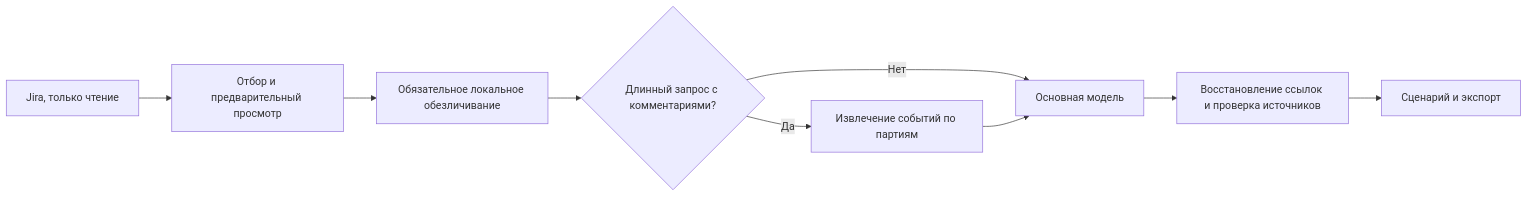
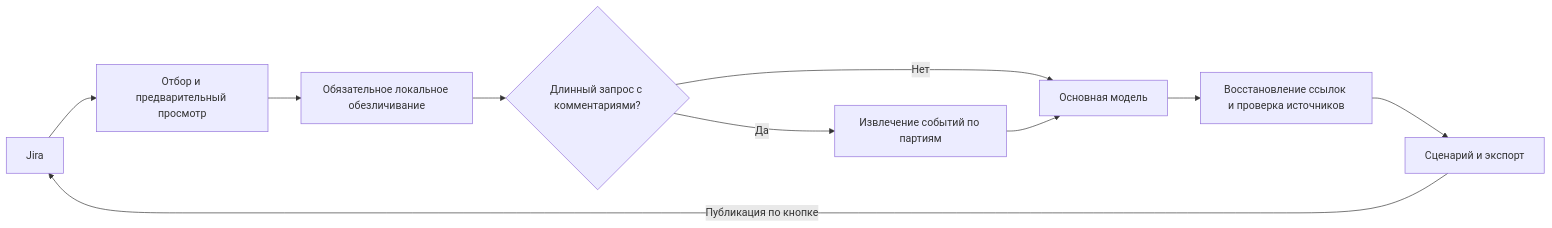
One commit to SSolovev/ai-curator changed the diagram in docs/ARCHITECTURE.md. Above: the diagram before and after it, drawn with Mermaid. The commit also changed other lines of this file and 32 other files, not shown here.

````diff
--- a/docs/ARCHITECTURE.md
+++ b/docs/ARCHITECTURE.md
@@ -12,11 +12,12 @@
 ```mermaid
 flowchart LR
-  Jira["Jira, только чтение"] --> Context["Отбор и предварительный просмотр"]
+  Jira["Jira"] --> Context["Отбор и предварительный просмотр"]
   Context --> Privacy["Обязательное локальное обезличивание"]
   Privacy --> Size{"Длинный запрос с комментариями?"}
   Size -->|Да| Batches["Извлечение событий по партиям"]
   Size -->|Нет| Model["Основная модель"]
   Batches --> Model
   Model --> Sources["Восстановление ссылок и проверка источников"]
   Sources --> Result["Сценарий и экспорт"]
+  Result -->|"Публикация по кнопке"| Jira
 ```
````
